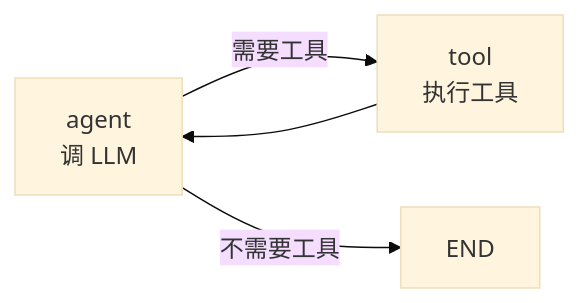
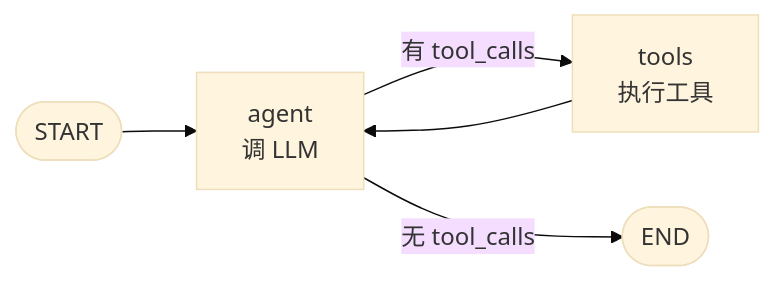
The fifth of 15 diagrams in docs/principles/graph_as_program.md (wanglh39/langgraph), drawn with Mermaid (base theme) before and after one commit. The commit also changed other lines of this file and 16 other files, not shown here.

````diff
--- a/docs/principles/graph_as_program.md
+++ b/docs/principles/graph_as_program.md
@@ -86,6 +311,7 @@
 ```mermaid
 graph LR
-    A[agent<br/>调 LLM] -->|需要工具| T[tool<br/>执行工具]
+    S([START]) --> A[agent<br/>调 LLM]
+    A -->|"有 tool_calls"| T[tools<br/>执行工具]
     T --> A
-    A -->|不需要工具| E[END]
+    A -->|"无 tool_calls"| E([END])
 ```
````
